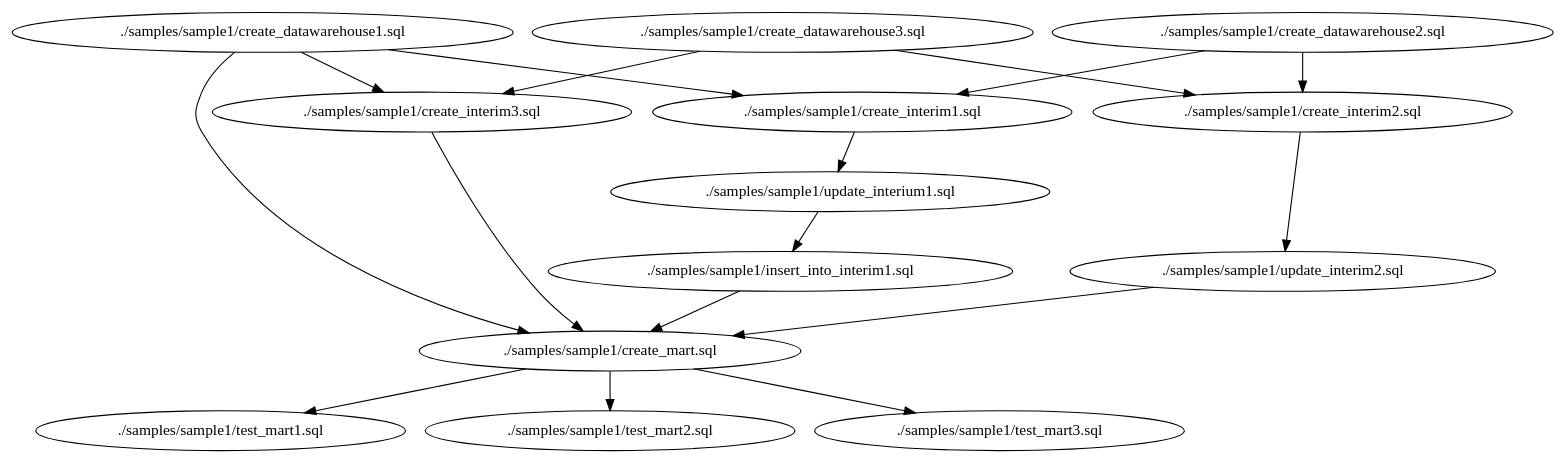
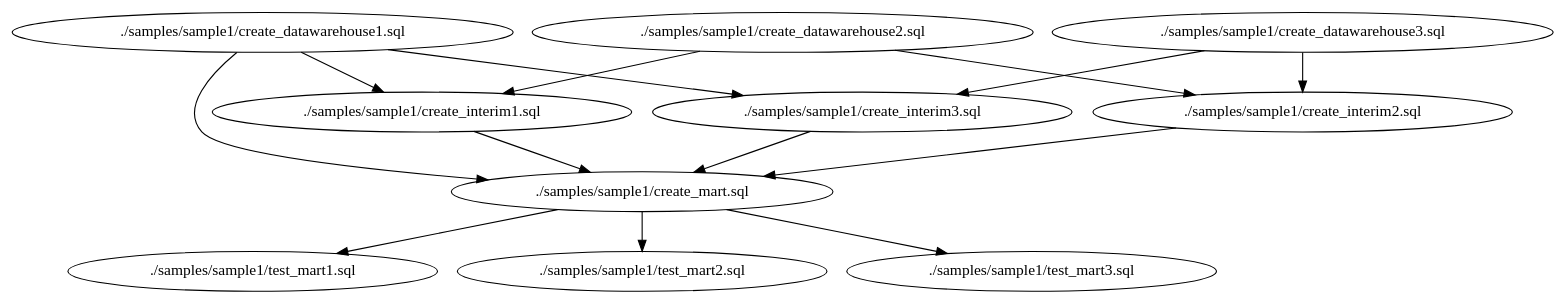
The diagram in samples/sample1/dag.dot (Matts966/alphasql), drawn with Graphviz before and after one commit. The commit also changed 9 other files, not shown here.

```diff
--- a/samples/sample1/dag.dot
+++ b/samples/sample1/dag.dot
@@ -1,31 +1,25 @@
 digraph G {
 0[label="./samples/sample1/create_datawarehouse1.sql"];
 1[label="./samples/sample1/create_datawarehouse2.sql"];
 2[label="./samples/sample1/create_datawarehouse3.sql"];
 3[label="./samples/sample1/create_interim1.sql"];
 4[label="./samples/sample1/create_interim2.sql"];
 5[label="./samples/sample1/create_interim3.sql"];
 6[label="./samples/sample1/create_mart.sql"];
-7[label="./samples/sample1/insert_into_interim1.sql"];
-8[label="./samples/sample1/test_mart1.sql"];
-9[label="./samples/sample1/test_mart2.sql"];
-10[label="./samples/sample1/test_mart3.sql"];
-11[label="./samples/sample1/update_interim2.sql"];
-12[label="./samples/sample1/update_interium1.sql"];
+7[label="./samples/sample1/test_mart1.sql"];
+8[label="./samples/sample1/test_mart2.sql"];
+9[label="./samples/sample1/test_mart3.sql"];
 0->3 ;
 0->5 ;
 0->6 ;
 1->3 ;
 1->4 ;
 2->5 ;
 2->4 ;
-3->12 ;
-4->11 ;
+3->6 ;
+4->6 ;
 5->6 ;
-6->10 ;
 6->9 ;
 6->8 ;
-7->6 ;
-11->6 ;
-12->7 ;
+6->7 ;
 }
```
